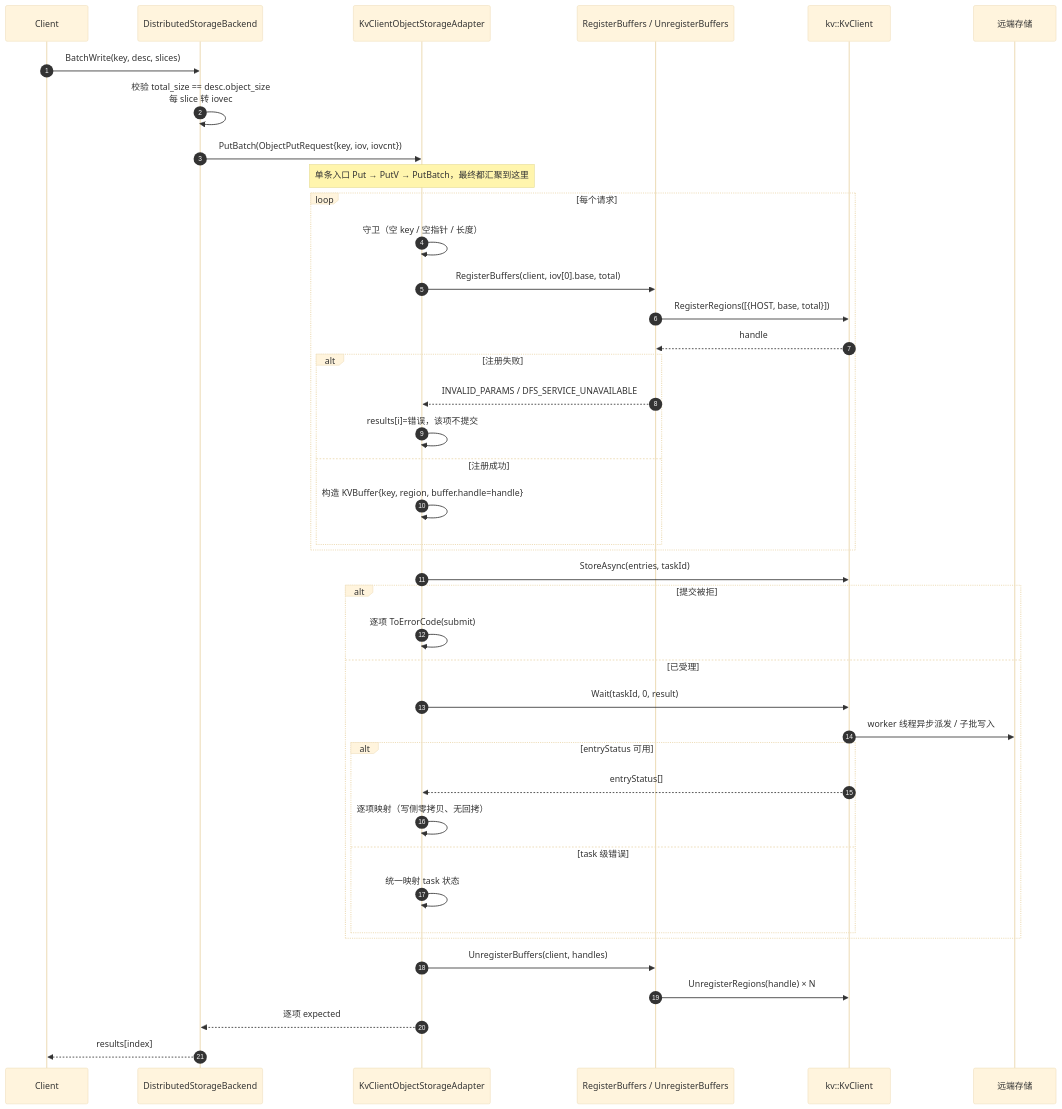
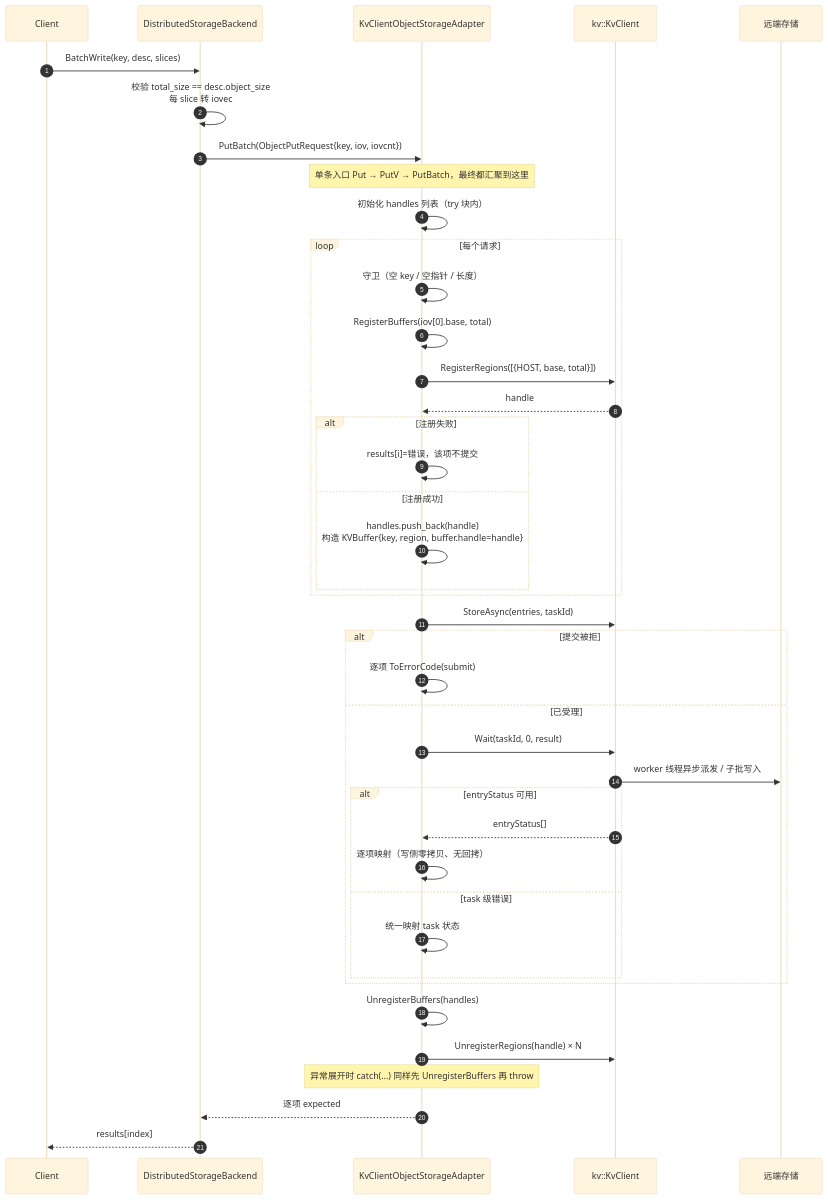
Before and after one commit to zwj20000328-dotcom/Mooncake-documents: the sixth of 11 diagrams in Mooncake + KVClient L3 接入（Kvcs）- PR 实施设计.md, drawn with Mermaid (base theme). The commit also changed other lines of this file and 1 other file, not shown here.

First line of the commit message:
docs: make kvclient buffer registration adapter members

````diff
--- a/Mooncake + KVClient L3 接入（Kvcs）- PR 实施设计.md
+++ b/Mooncake + KVClient L3 接入（Kvcs）- PR 实施设计.md
@@ -708,44 +710,44 @@
 ```mermaid
 sequenceDiagram
     autonumber
     participant C as Client
     participant BE as DistributedStorageBackend
     participant AD as KvClientObjectStorageAdapter
-    participant RB as RegisterBuffers / UnregisterBuffers
     participant SDK as kv::KvClient
     participant S as 远端存储
 
     C->>BE: BatchWrite(key, desc, slices)
     BE->>BE: 校验 total_size == desc.object_size<br/>每 slice 转 iovec
     BE->>AD: PutBatch(ObjectPutRequest{key, iov, iovcnt})
     Note over AD: 单条入口 Put → PutV → PutBatch，最终都汇聚到这里
+    AD->>AD: 初始化 handles 列表（try 块内）
     loop 每个请求
         AD->>AD: 守卫（空 key / 空指针 / 长度）
-        AD->>RB: RegisterBuffers(client, iov[0].base, total)
-        RB->>SDK: RegisterRegions([{HOST, base, total}])
-        SDK-->>RB: handle
+        AD->>AD: RegisterBuffers(iov[0].base, total)
+        AD->>SDK: RegisterRegions([{HOST, base, total}])
+        SDK-->>AD: handle
         alt 注册失败
-            RB-->>AD: INVALID_PARAMS / DFS_SERVICE_UNAVAILABLE
             AD->>AD: results[i]=错误，该项不提交
         else 注册成功
-            AD->>AD: 构造 KVBuffer{key, region, buffer.handle=handle}
+            AD->>AD: handles.push_back(handle)<br/>构造 KVBuffer{key, region, buffer.handle=handle}
         end
     end
     AD->>SDK: StoreAsync(entries, taskId)
     alt 提交被拒
         AD->>AD: 逐项 ToErrorCode(submit)
     else 已受理
         AD->>SDK: Wait(taskId, 0, result)
         SDK->>S: worker 线程异步派发 / 子批写入
         alt entryStatus 可用
             SDK-->>AD: entryStatus[]
             AD->>AD: 逐项映射（写侧零拷贝、无回拷）
         else task 级错误
             AD->>AD: 统一映射 task 状态
         end
     end
-    AD->>RB: UnregisterBuffers(client, handles)
-    RB->>SDK: UnregisterRegions(handle) × N
+    AD->>AD: UnregisterBuffers(handles)
+    AD->>SDK: UnregisterRegions(handle) × N
+    Note over AD: 异常展开时 catch(...) 同样先 UnregisterBuffers 再 throw
     AD-->>BE: 逐项 expected
     BE-->>C: results[index]
 ```
````
